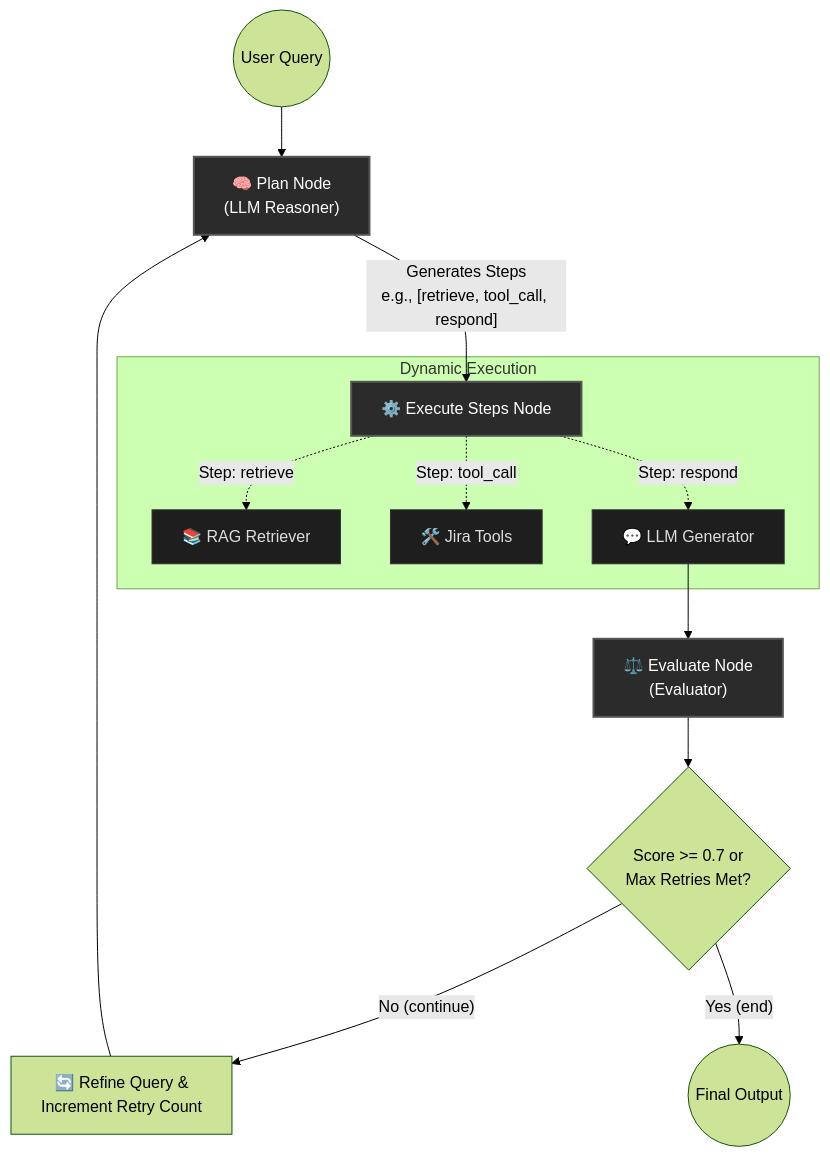
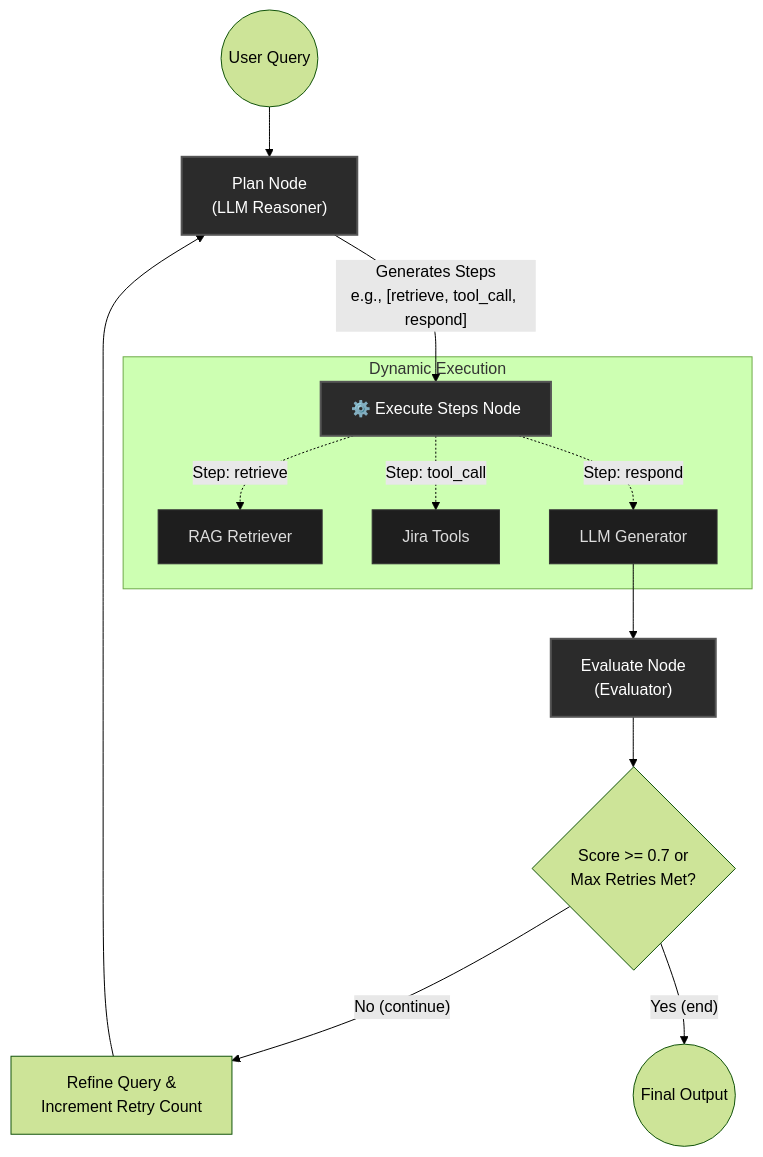
One commit to iam4tart/agentic-crm-support changed the second of 2 diagrams in README.md. Above: the diagram before and after it, drawn with Mermaid (forest theme). The commit also changed 3 other files, not shown here.

````diff
--- a/README.md
+++ b/README.md
@@ -24,26 +24,26 @@
 ```mermaid
 graph TD
-    Start((User Query)) --> PlanNode["🧠 Plan Node\n(LLM Reasoner)"]
+    Start((User Query)) --> PlanNode["Plan Node\n(LLM Reasoner)"]
     
     PlanNode --> |"Generates Steps\ne.g., [retrieve, tool_call, respond]"| ExecNode["⚙️ Execute Steps Node"]
     
     subgraph "Dynamic Execution"
-        ExecNode -.-> |"Step: retrieve"| Retrieve["📚 RAG Retriever"]
-        ExecNode -.-> |"Step: tool_call"| Tools["🛠️ Jira Tools"]
-        ExecNode -.-> |"Step: respond"| Generator["💬 LLM Generator"]
+        ExecNode -.-> |"Step: retrieve"| Retrieve["RAG Retriever"]
+        ExecNode -.-> |"Step: tool_call"| Tools["Jira Tools"]
+        ExecNode -.-> |"Step: respond"| Generator["LLM Generator"]
     end
     
-    Generator --> EvalNode["⚖️ Evaluate Node\n(Evaluator)"]
+    Generator --> EvalNode["Evaluate Node\n(Evaluator)"]
     
     EvalNode --> Condition{"Score >= 0.7 or\nMax Retries Met?"}
     
-    Condition -->|"No (continue)"| Refine["🔄 Refine Query &\nIncrement Retry Count"]
+    Condition -->|"No (continue)"| Refine["Refine Query &\nIncrement Retry Count"]
     Refine --> PlanNode
     
     Condition -->|"Yes (end)"| Final((Final Output))
 
     classDef main fill:#2b2b2b,stroke:#555,stroke-width:2px,color:#fff
     classDef sub fill:#1e1e1e,stroke:#333,stroke-width:1px,color:#ddd
     class PlanNode,ExecNode,EvalNode main
     class Retrieve,Tools,Generator sub
 ```
````
